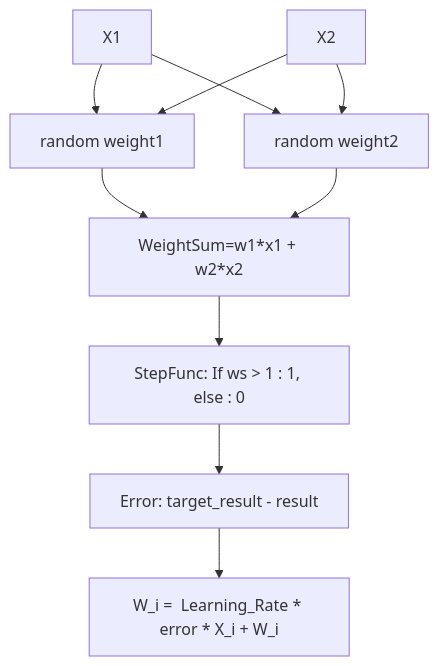
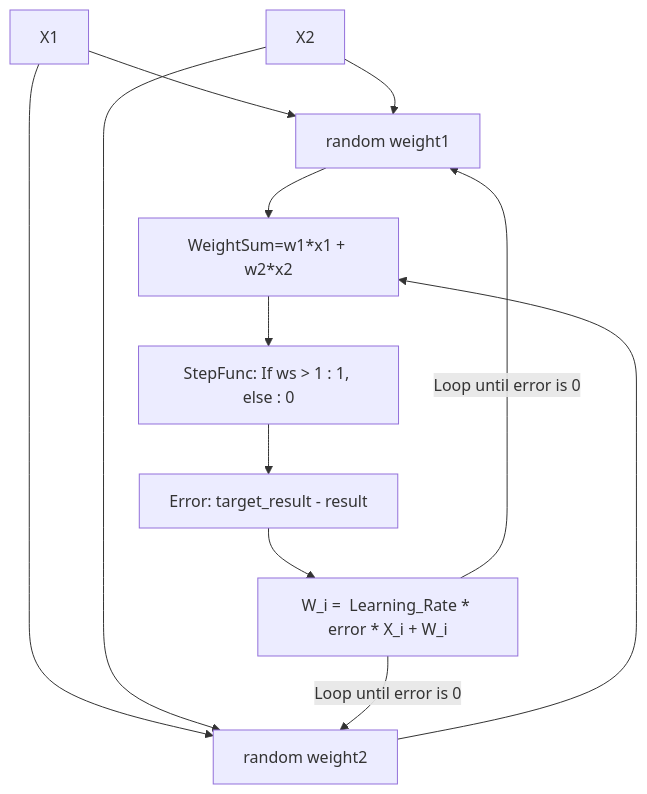
One commit to mulefish/ts_ref changed the diagram in README.md. Above: the diagram before and after it, drawn with Mermaid.

Commit message:
Markdown is hard

````diff
--- a/README.md
+++ b/README.md
@@ -33,23 +33,24 @@
 ```mermaid
 flowchart TD
 x1[X1]
 x2[X2]
 w1[random weight1 ]
 w2[random weight2 ]
 calc[WeightSum=w1*x1 + w2*x2]
 step[StepFunc: If ws > 1 : 1, else : 0]
 error[Error: target_result - result ]
-adjust[W_i =  Learning_Rate * error * X_i + W_i]
+adjust[W_i =  Learning_Rate * error * X_i + W_i ]
 
 x1 --> w1 
 x1 --> w2 
 x2 --> w1
 x2 --> w2
 w1 -->calc
 w2 -->calc
 calc --> step
 step --> error
 error --> adjust
-
+adjust -- Loop until error is 0 --> w1
+adjust -- Loop until error is 0 --> w2
 
 ```
````
